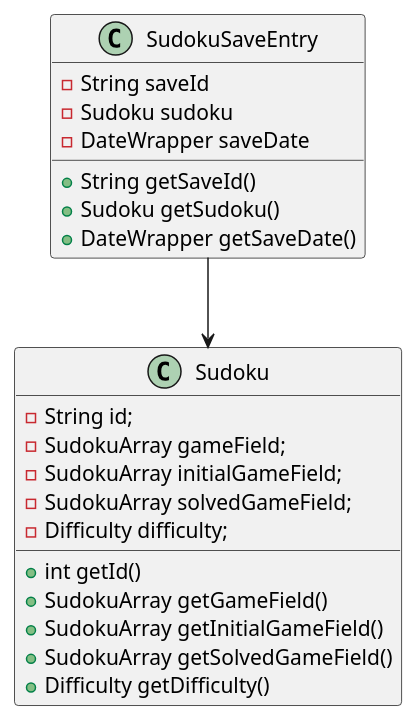
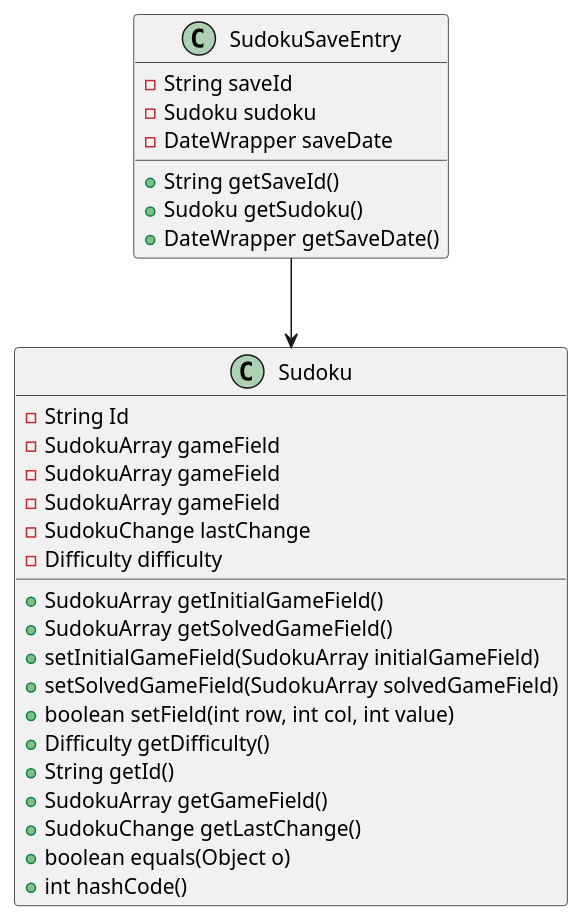
The diagram in uml/schichten_analyse/domain_schicht_1.puml (mohjohfox/cli-sudoku), drawn with PlantUML before and after one commit. The commit also changed 15 other files, not shown here.

```diff
--- a/uml/schichten_analyse/domain_schicht_1.puml
+++ b/uml/schichten_analyse/domain_schicht_1.puml
@@ -1,25 +1,32 @@
 @startuml
-class Sudoku {
-  - String id;
-  - SudokuArray gameField;
-  - SudokuArray initialGameField;
-  - SudokuArray solvedGameField;
-  - Difficulty difficulty;
-  + int getId()
-  + SudokuArray getGameField()
-  + SudokuArray getInitialGameField()
-  + SudokuArray getSolvedGameField()
-  + Difficulty getDifficulty()
+class Sudoku{
+-String Id
+-SudokuArray gameField
+-SudokuArray gameField
+-SudokuArray gameField
+-SudokuChange lastChange
+-Difficulty difficulty
++SudokuArray getInitialGameField()
++SudokuArray getSolvedGameField()
++setInitialGameField(SudokuArray initialGameField)
++setSolvedGameField(SudokuArray solvedGameField)
++boolean setField(int row, int col, int value)
++Difficulty getDifficulty()
++String getId()
++SudokuArray getGameField()
++SudokuChange getLastChange()
++boolean equals(Object o)
++int hashCode()
 }
 
 class SudokuSaveEntry {
    - String saveId
    - Sudoku sudoku
    - DateWrapper saveDate
    + String getSaveId()
    + Sudoku getSudoku()
    + DateWrapper getSaveDate()
 }
 
 SudokuSaveEntry-->Sudoku
 @enduml
```
